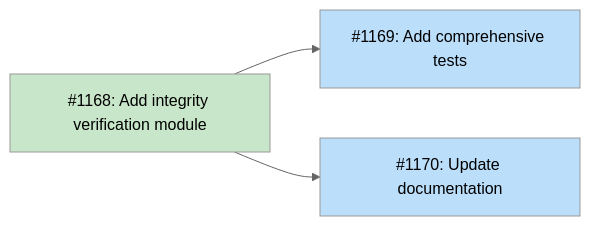
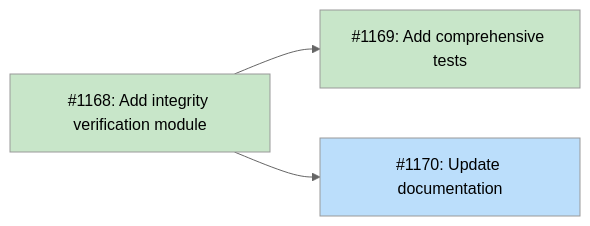
Before and after one commit to tsukumogami/tsuku: the diagram in docs/designs/DESIGN-library-verify-integrity.md, drawn with Mermaid (neutral theme). The commit also changed other lines of this file and 4 other files, not shown here.

````diff
--- a/docs/designs/DESIGN-library-verify-integrity.md
+++ b/docs/designs/DESIGN-library-verify-integrity.md
@@ -26,17 +26,17 @@
 ```mermaid
 graph LR
     I1168["#1168: Add integrity verification module"]
     I1169["#1169: Add comprehensive tests"]
     I1170["#1170: Update documentation"]
 
     I1168 --> I1169
     I1168 --> I1170
 
     classDef done fill:#c8e6c9
     classDef ready fill:#bbdefb
     classDef blocked fill:#fff9c4
     classDef needsDesign fill:#e1bee7
 
-    class I1168 done
-    class I1169,I1170 ready
+    class I1168,I1169 done
+    class I1170 ready
 ```
````
